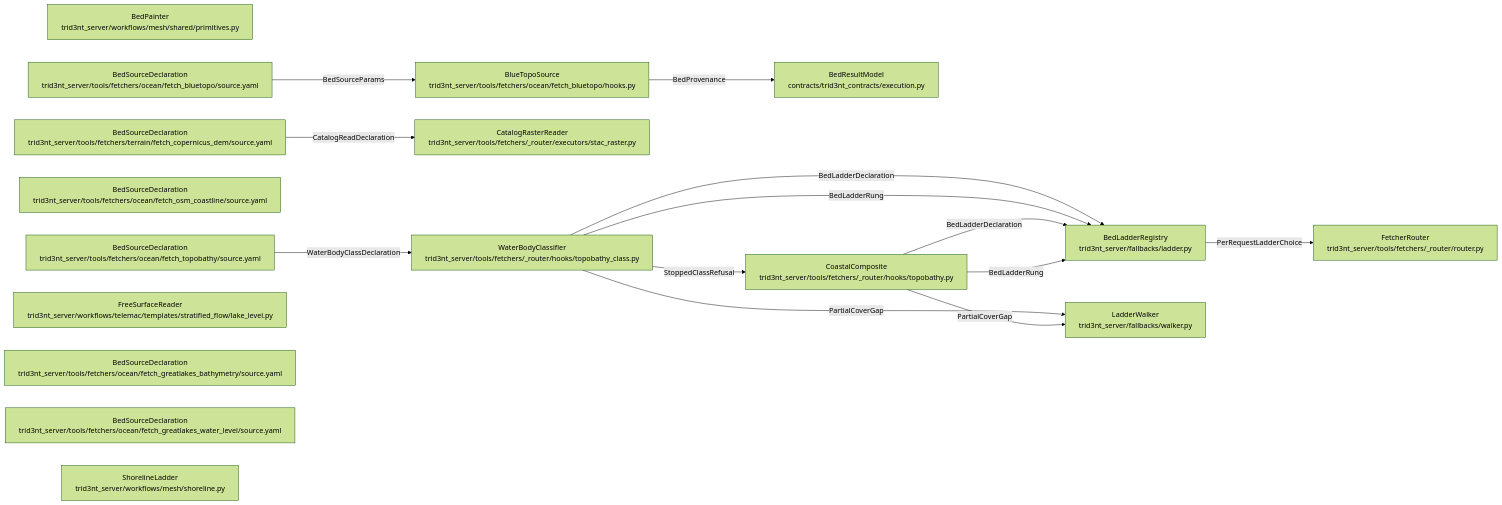
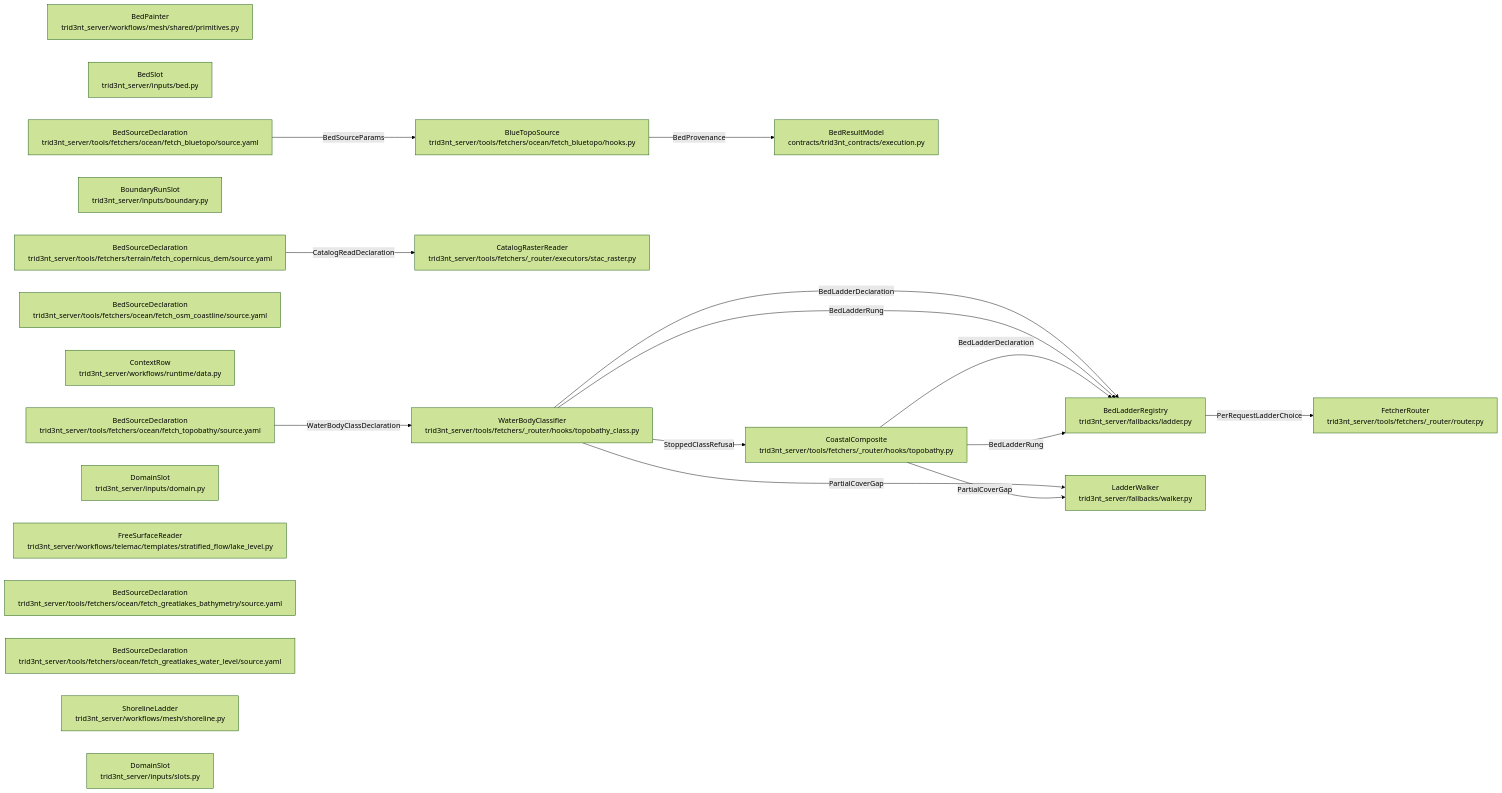
Before and after one commit to double-r-squared/trid3nt-qgis-plugin: the diagram in docs/model/data-seam-view.md, drawn with Mermaid (forest theme). The commit also changed other lines of this file and 95 other files, not shown here.

````diff
--- a/docs/model/data-seam-view.md
+++ b/docs/model/data-seam-view.md
@@ -9,32 +9,37 @@
 ```mermaid
 flowchart LR
     bedLadderRegistry["BedLadderRegistry<br/>trid3nt_server/fallbacks/ladder.py"]
     bedPainter["BedPainter<br/>trid3nt_server/workflows/mesh/shared/primitives.py"]
     bedResultModel["BedResultModel<br/>contracts/trid3nt_contracts/execution.py"]
+    bedSlot["BedSlot<br/>trid3nt_server/inputs/bed.py"]
     blueTopoDeclaration["BedSourceDeclaration<br/>trid3nt_server/tools/fetchers/ocean/fetch_bluetopo/source.yaml"]
     blueTopoSource["BlueTopoSource<br/>trid3nt_server/tools/fetchers/ocean/fetch_bluetopo/hooks.py"]
+    boundaryRunSlot["BoundaryRunSlot<br/>trid3nt_server/inputs/boundary.py"]
     coastalComposite["CoastalComposite<br/>trid3nt_server/tools/fetchers/_router/hooks/topobathy.py"]
     coastalDeclaration["BedSourceDeclaration<br/>trid3nt_server/tools/fetchers/ocean/fetch_topobathy/source.yaml"]
     coastlineDeclaration["BedSourceDeclaration<br/>trid3nt_server/tools/fetchers/ocean/fetch_osm_coastline/source.yaml"]
+    contextRow["ContextRow<br/>trid3nt_server/workflows/runtime/data.py"]
     copernicusDeclaration["BedSourceDeclaration<br/>trid3nt_server/tools/fetchers/terrain/fetch_copernicus_dem/source.yaml"]
+    domainSlot["DomainSlot<br/>trid3nt_server/inputs/domain.py"]
     fetcherRouter["FetcherRouter<br/>trid3nt_server/tools/fetchers/_router/router.py"]
     freeSurfaceReader["FreeSurfaceReader<br/>trid3nt_server/workflows/telemac/templates/stratified_flow/lake_level.py"]
     ladderWalker["LadderWalker<br/>trid3nt_server/fallbacks/walker.py"]
     lakeDeclaration["BedSourceDeclaration<br/>trid3nt_server/tools/fetchers/ocean/fetch_greatlakes_bathymetry/source.yaml"]
     lakeLevelDeclaration["BedSourceDeclaration<br/>trid3nt_server/tools/fetchers/ocean/fetch_greatlakes_water_level/source.yaml"]
     shorelineLadder["ShorelineLadder<br/>trid3nt_server/workflows/mesh/shoreline.py"]
+    slotDoor["DomainSlot<br/>trid3nt_server/inputs/slots.py"]
     stacRasterReader["CatalogRasterReader<br/>trid3nt_server/tools/fetchers/_router/executors/stac_raster.py"]
     waterBodyClassifier["WaterBodyClassifier<br/>trid3nt_server/tools/fetchers/_router/hooks/topobathy_class.py"]
     blueTopoSource -- "BedProvenance" --> bedResultModel
     blueTopoDeclaration -- "BedSourceParams" --> blueTopoSource
     copernicusDeclaration -- "CatalogReadDeclaration" --> stacRasterReader
     waterBodyClassifier -- "PartialCoverGap" --> ladderWalker
     waterBodyClassifier -- "BedLadderDeclaration" --> bedLadderRegistry
     waterBodyClassifier -- "BedLadderRung" --> bedLadderRegistry
     coastalDeclaration -- "WaterBodyClassDeclaration" --> waterBodyClassifier
     coastalComposite -- "PartialCoverGap" --> ladderWalker
     coastalComposite -- "BedLadderDeclaration" --> bedLadderRegistry
     coastalComposite -- "BedLadderRung" --> bedLadderRegistry
     bedLadderRegistry -- "PerRequestLadderChoice" --> fetcherRouter
     waterBodyClassifier -- "StoppedClassRefusal" --> coastalComposite
 ```
````
